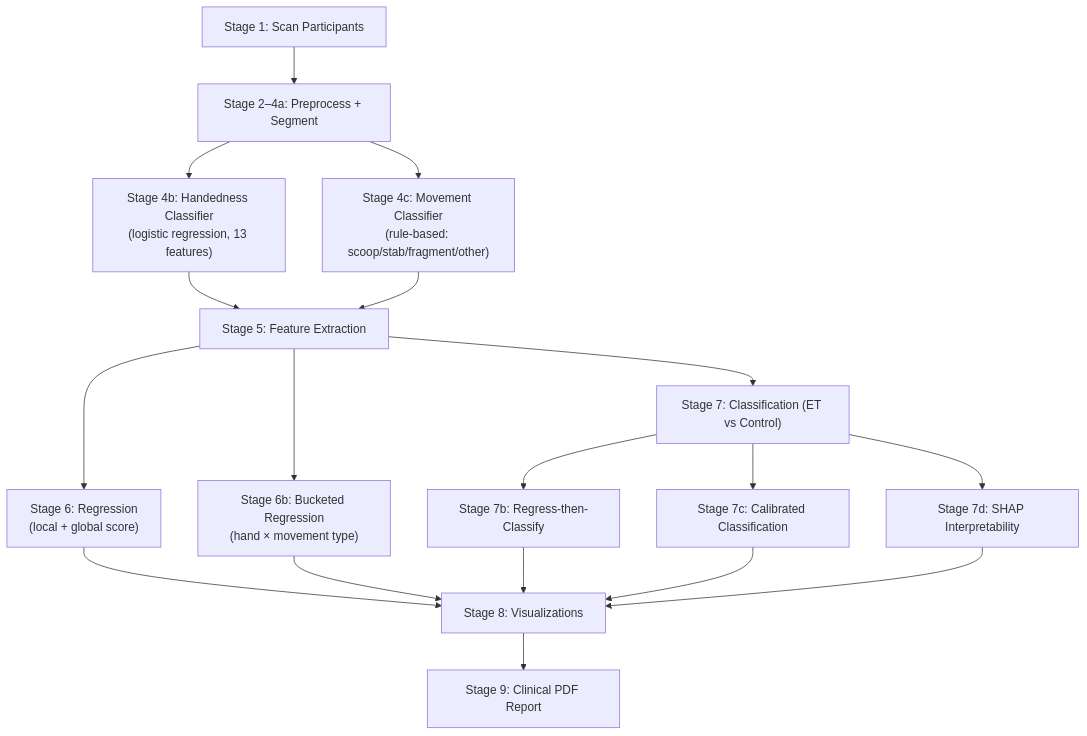
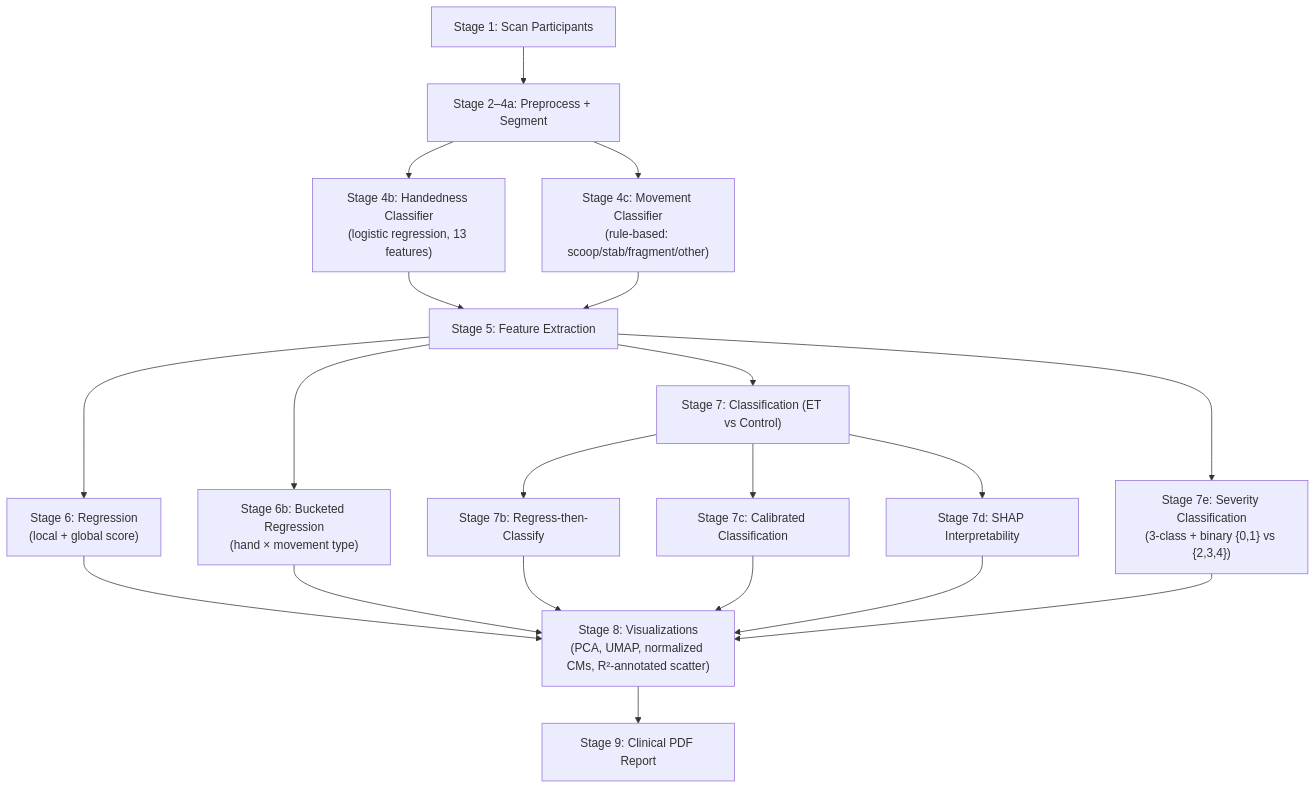
One commit to maorsharon1999/Fork1805 changed the diagram in README.md. Above: the diagram before and after it, drawn with Mermaid. The commit also changed other lines of this file, not shown here.

````diff
--- a/README.md
+++ b/README.md
@@ -77,20 +81,22 @@
 ```mermaid
 flowchart TD
     A["Stage 1: Scan Participants"] --> B["Stage 2–4a: Preprocess + Segment"]
     B --> C["Stage 4b: Handedness Classifier\n(logistic regression, 13 features)"]
     B --> D["Stage 4c: Movement Classifier\n(rule-based: scoop/stab/fragment/other)"]
     C --> E["Stage 5: Feature Extraction"]
     D --> E
     E --> F["Stage 6: Regression\n(local + global score)"]
     E --> G["Stage 6b: Bucketed Regression\n(hand × movement type)"]
     E --> H["Stage 7: Classification (ET vs Control)"]
     H --> I["Stage 7b: Regress-then-Classify"]
     H --> J["Stage 7c: Calibrated Classification"]
     H --> K["Stage 7d: SHAP Interpretability"]
-    F --> L["Stage 8: Visualizations"]
+    E --> N["Stage 7e: Severity Classification\n(3-class + binary {0,1} vs {2,3,4})"]
+    F --> L["Stage 8: Visualizations\n(PCA, UMAP, normalized CMs, R²-annotated scatter)"]
     G --> L
     I --> L
     J --> L
     K --> L
+    N --> L
     L --> M["Stage 9: Clinical PDF Report"]
 ```
````
